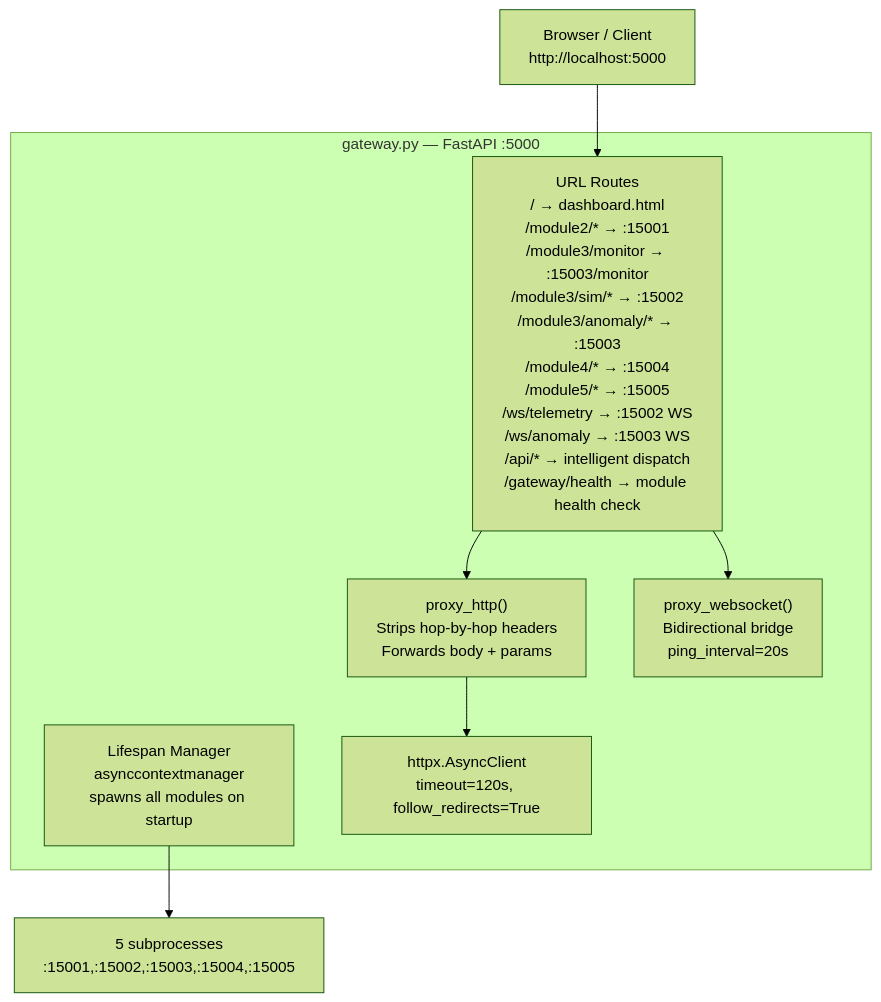
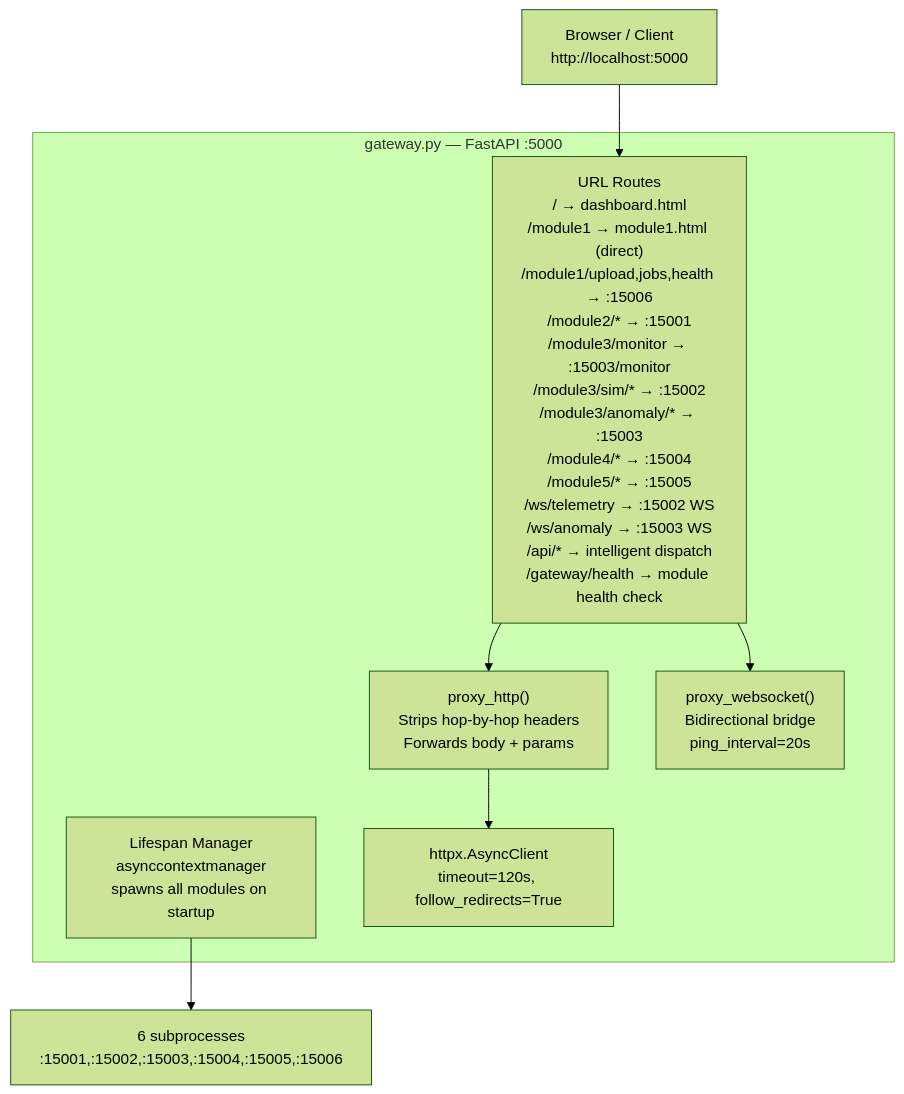
One commit to n3ssdub3y/SIH_2026_PLANNS changed the second of 18 diagrams in ARCHITECTURE.md. Above: the diagram before and after it, drawn with Mermaid (forest theme). The commit also changed other lines of this file and 23 other files, not shown here.

````diff
--- a/ARCHITECTURE.md
+++ b/ARCHITECTURE.md
@@ -172,18 +186,18 @@
 ```mermaid
 graph TD
     BROWSER["Browser / Client\nhttp://localhost:5000"]
 
     subgraph "gateway.py — FastAPI :5000"
         LIFE["Lifespan Manager\nasynccontextmanager\nspawns all modules on startup"]
         HTTP_CLIENT["httpx.AsyncClient\ntimeout=120s, follow_redirects=True"]
         PROXY_HTTP["proxy_http()\nStrips hop-by-hop headers\nForwards body + params"]
         PROXY_WS["proxy_websocket()\nBidirectional bridge\nping_interval=20s"]
-        ROUTES["URL Routes\n/ → dashboard.html\n/module2/* → :15001\n/module3/monitor → :15003/monitor\n/module3/sim/* → :15002\n/module3/anomaly/* → :15003\n/module4/* → :15004\n/module5/* → :15005\n/ws/telemetry → :15002 WS\n/ws/anomaly → :15003 WS\n/api/* → intelligent dispatch\n/gateway/health → module health check"]
+        ROUTES["URL Routes\n/ → dashboard.html\n/module1 → module1.html (direct)\n/module1/upload,jobs,health → :15006\n/module2/* → :15001\n/module3/monitor → :15003/monitor\n/module3/sim/* → :15002\n/module3/anomaly/* → :15003\n/module4/* → :15004\n/module5/* → :15005\n/ws/telemetry → :15002 WS\n/ws/anomaly → :15003 WS\n/api/* → intelligent dispatch\n/gateway/health → module health check"]
     end
 
     BROWSER --> ROUTES
     ROUTES --> PROXY_HTTP
     ROUTES --> PROXY_WS
     PROXY_HTTP --> HTTP_CLIENT
-    LIFE --> SUBPROC["5 subprocesses\n:15001,:15002,:15003,:15004,:15005"]
+    LIFE --> SUBPROC["6 subprocesses\n:15001,:15002,:15003,:15004,:15005,:15006"]
 ```
````
